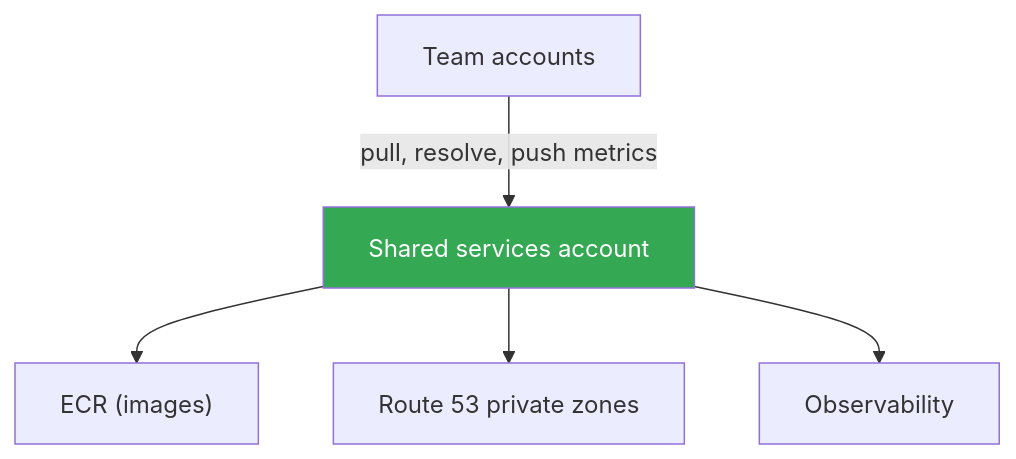
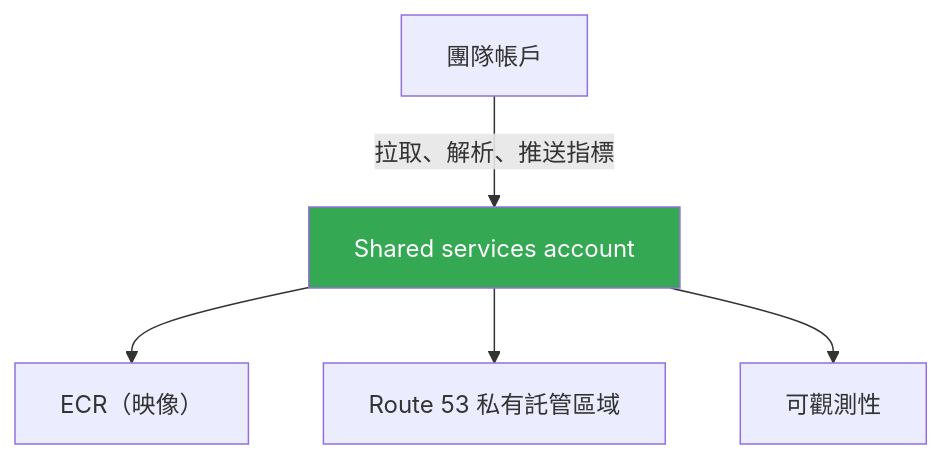
Before and after one commit to ViktorUJ/cks: the third of 3 diagrams in tasks/eks/course/32/tw.md, drawn with Mermaid. The commit also changed other lines of this file and 534 other files, not shown here.

````diff
--- a/tasks/eks/course/32/tw.md
+++ b/tasks/eks/course/32/tw.md
@@ -190,13 +190,13 @@
 ```mermaid
 flowchart TB
     shared["Shared services account"]
-    ecr["ECR (images)"]
-    dns["Route 53 private zones"]
-    obs["Observability"]
-    team["Team accounts"]
+    ecr["ECR（映像）"]
+    dns["Route 53 私有託管區域"]
+    obs["可觀測性"]
+    team["團隊帳戶"]
     shared --> ecr
     shared --> dns
     shared --> obs
-    team -->|"pull, resolve, push metrics"| shared
+    team -->|"拉取、解析、推送指標"| shared
     style shared fill:#34a853,color:#fff
 ```
````
